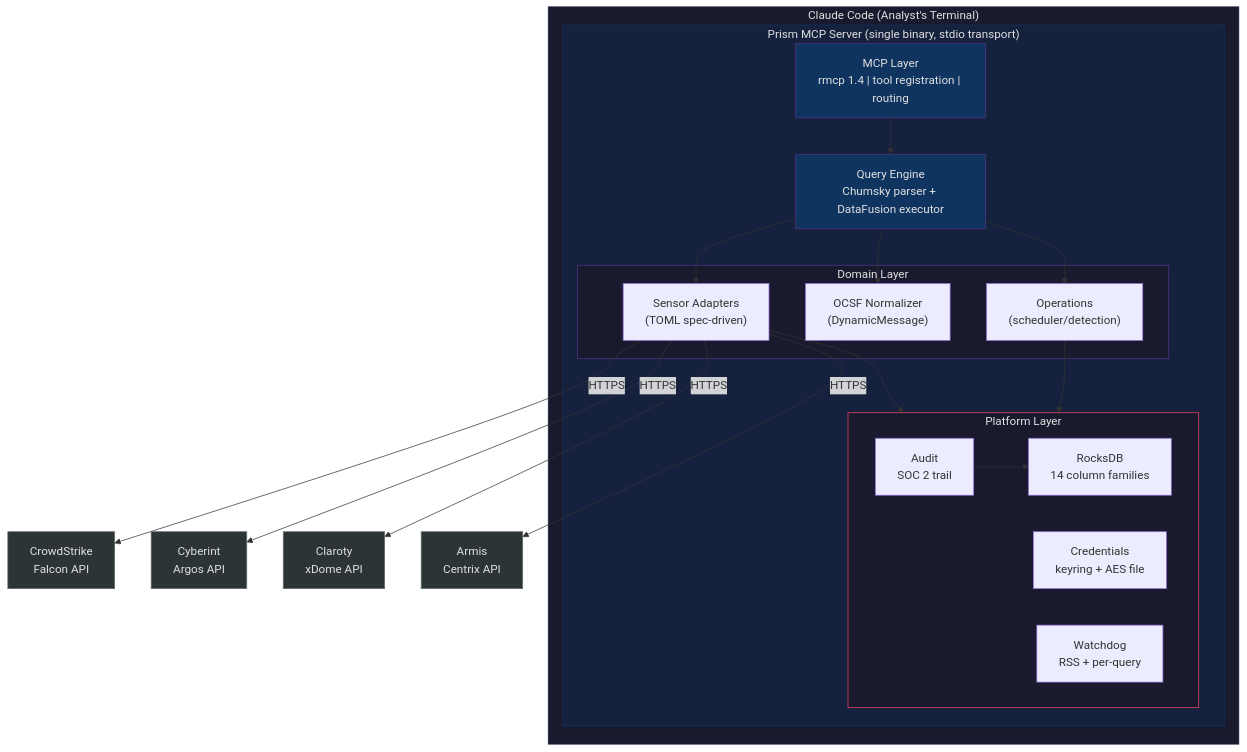
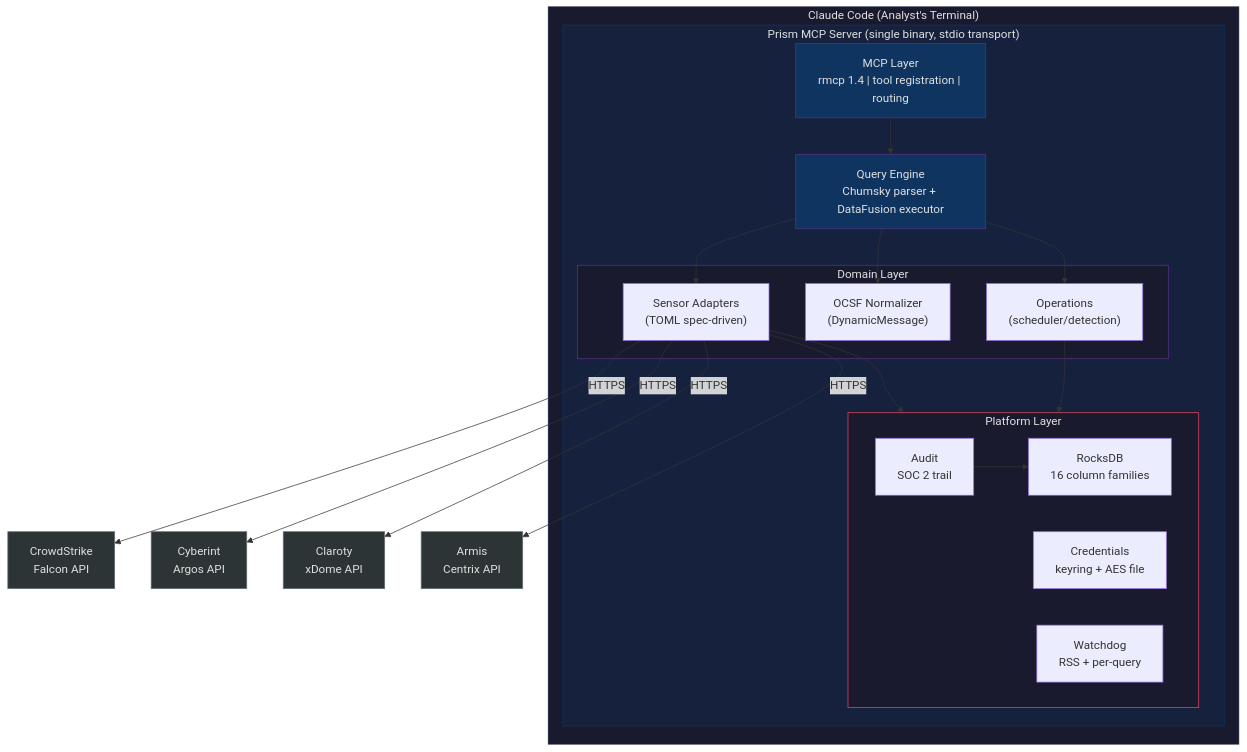
One commit to drbothen/prism changed the third of 6 diagrams in specs/architecture/system-overview.md. Above: the diagram before and after it, drawn with Mermaid. The commit also changed 5 other files, not shown here.

````diff
--- a/specs/architecture/system-overview.md
+++ b/specs/architecture/system-overview.md
@@ -199,46 +199,46 @@
 ```mermaid
 graph TB
     subgraph CC["Claude Code (Analyst's Terminal)"]
         subgraph PRISM["Prism MCP Server (single binary, stdio transport)"]
             MCP["MCP Layer<br/>rmcp 1.4 | tool registration | routing"]
             QE["Query Engine<br/>Chumsky parser + DataFusion executor"]
             
             subgraph MIDDLE["Domain Layer"]
                 SA["Sensor Adapters<br/>(TOML spec-driven)"]
                 OCSF["OCSF Normalizer<br/>(DynamicMessage)"]
                 OPS["Operations<br/>(scheduler/detection)"]
             end
             
             subgraph PLATFORM["Platform Layer"]
-                ROCKS["RocksDB<br/>14 column families"]
+                ROCKS["RocksDB<br/>16 column families"]
                 CREDS["Credentials<br/>keyring + AES file"]
                 AUDIT["Audit<br/>SOC 2 trail"]
                 WATCH["Watchdog<br/>RSS + per-query"]
             end
         end
     end
 
     MCP --> QE
     QE --> SA
     QE --> OCSF
     QE --> OPS
     SA --> PLATFORM
     OPS --> PLATFORM
     AUDIT --> ROCKS
 
     SA -- "HTTPS" --> CS["CrowdStrike<br/>Falcon API"]
     SA -- "HTTPS" --> CY["Cyberint<br/>Argos API"]
     SA -- "HTTPS" --> CL["Claroty<br/>xDome API"]
     SA -- "HTTPS" --> AR["Armis<br/>Centrix API"]
 
     style CC fill:#1a1a2e,stroke:#16213e,color:#e0e0e0
     style PRISM fill:#16213e,stroke:#0f3460,color:#e0e0e0
     style MCP fill:#0f3460,stroke:#533483,color:#e0e0e0
     style QE fill:#0f3460,stroke:#533483,color:#e0e0e0
     style MIDDLE fill:#1a1a2e,stroke:#533483,color:#e0e0e0
     style PLATFORM fill:#1a1a2e,stroke:#e94560,color:#e0e0e0
     style CS fill:#2d3436,stroke:#636e72,color:#e0e0e0
     style CY fill:#2d3436,stroke:#636e72,color:#e0e0e0
     style CL fill:#2d3436,stroke:#636e72,color:#e0e0e0
     style AR fill:#2d3436,stroke:#636e72,color:#e0e0e0
 ```
````
